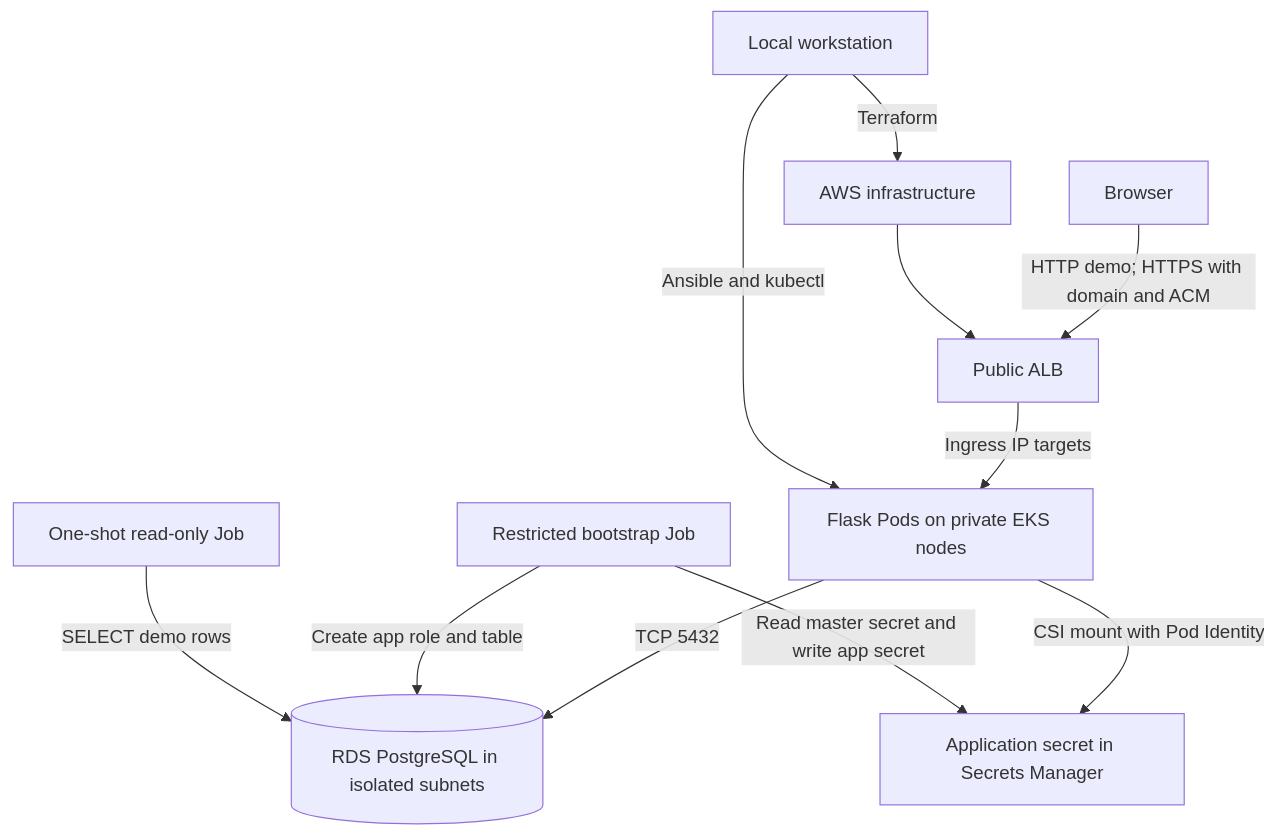
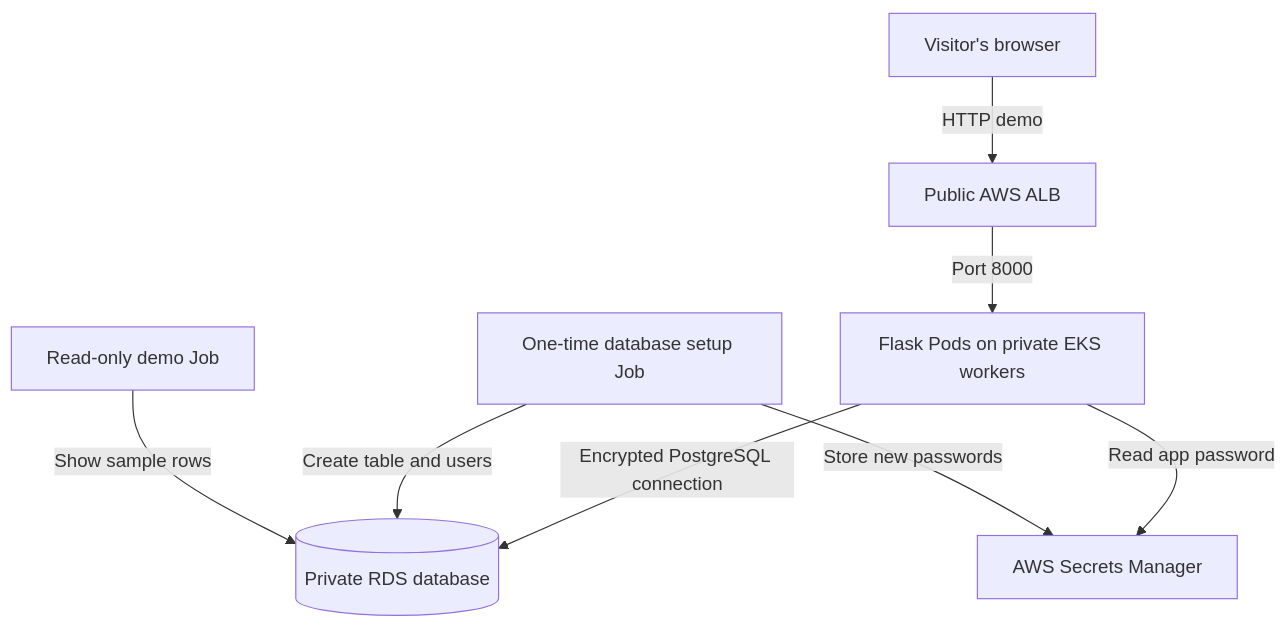
One commit to WarriorWiras/contact-form-aws changed the diagram in docs/architecture.md. Above: the diagram before and after it, drawn with Mermaid. The commit also changed other lines of this file and 11 other files, not shown here.

````diff
--- a/docs/architecture.md
+++ b/docs/architecture.md
@@ -3,13 +3,10 @@
 ```mermaid
 flowchart TB
-    U[Browser] -->|HTTP demo; HTTPS with domain and ACM| ALB[Public ALB]
-    ALB -->|Ingress IP targets| APP[Flask Pods on private EKS nodes]
-    APP -->|TCP 5432| DB[(RDS PostgreSQL in isolated subnets)]
-    APP -->|CSI mount with Pod Identity| AS[Application secret in Secrets Manager]
-    JOB[Restricted bootstrap Job] -->|Create app role and table| DB
-    JOB -->|Read master secret and write app secret| AS
-    VERIFY[One-shot read-only Job] -->|SELECT demo rows| DB
-    WS[Local workstation] -->|Terraform| AWS[AWS infrastructure]
-    WS -->|Ansible and kubectl| APP
-    AWS --> ALB
+    B["Visitor's browser"] -->|HTTP demo| L["Public AWS ALB"]
+    L -->|Port 8000| F["Flask Pods on private EKS workers"]
+    F -->|Encrypted PostgreSQL connection| D[("Private RDS database")]
+    F -->|Read app password| S["AWS Secrets Manager"]
+    J["One-time database setup Job"] -->|Create table and users| D
+    J -->|Store new passwords| S
+    V["Read-only demo Job"] -->|Show sample rows| D
 ```
````
